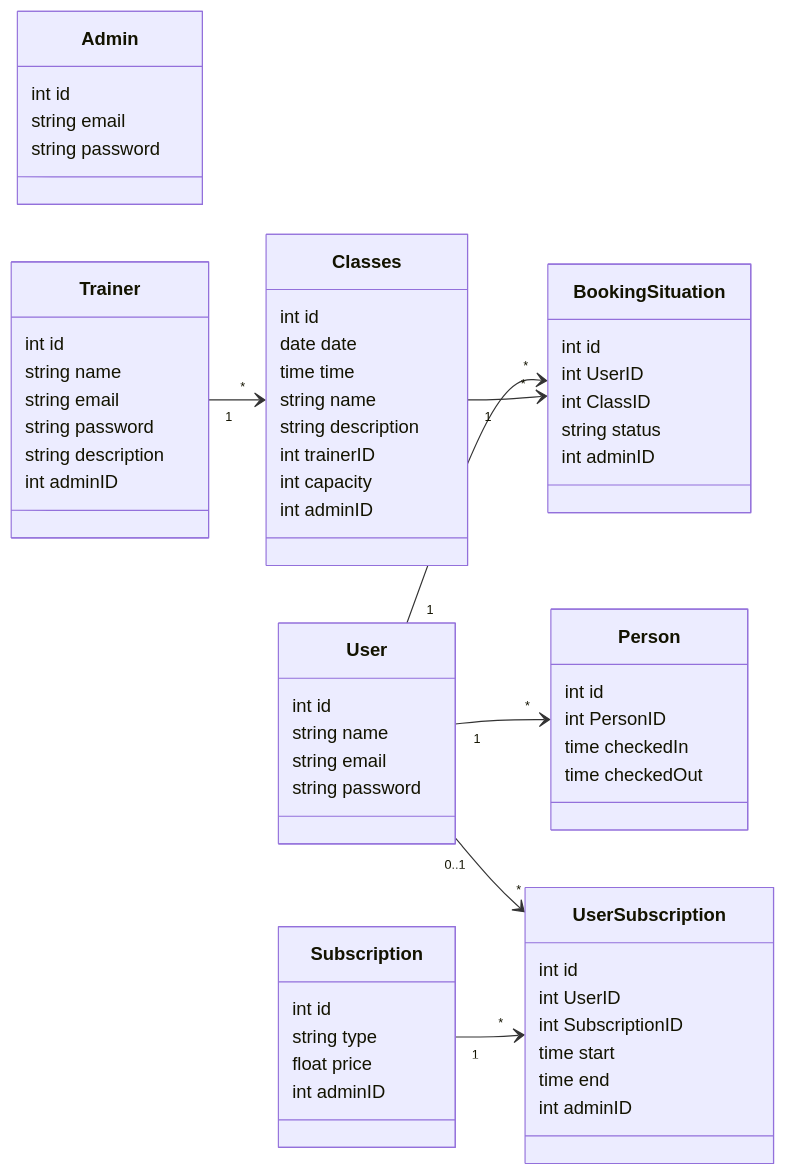
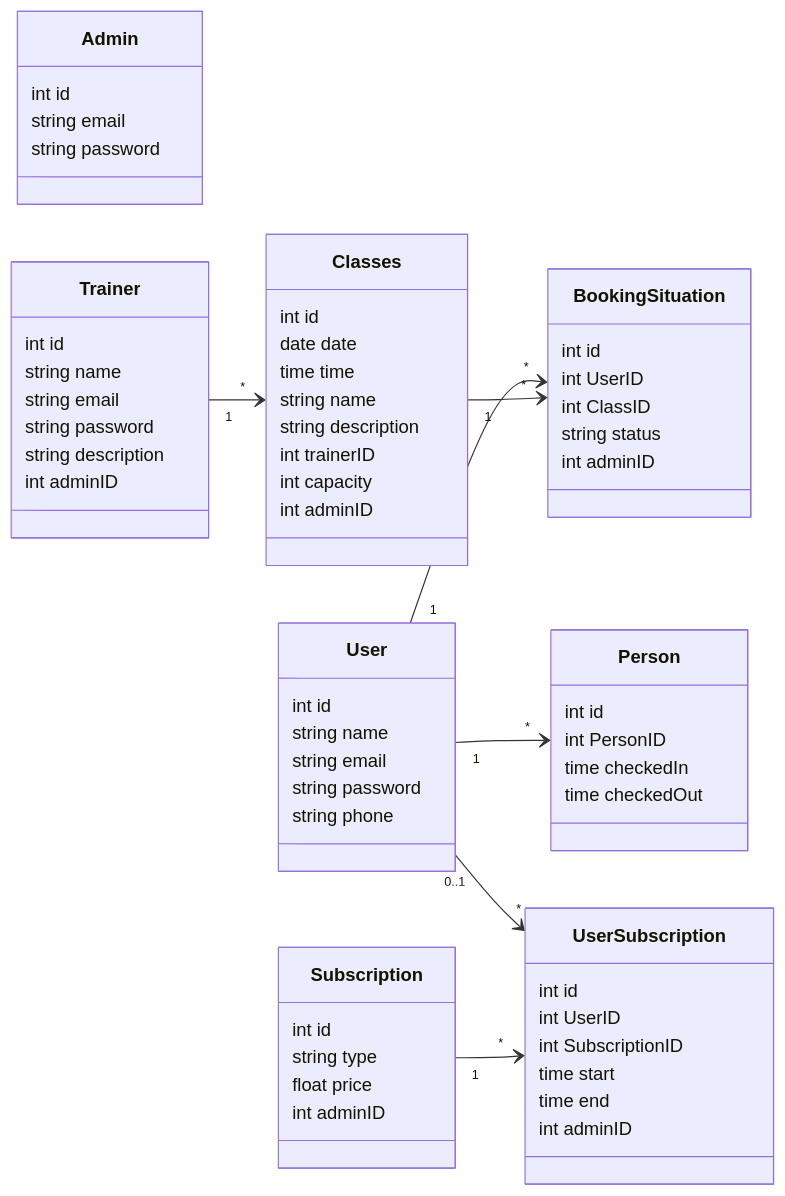
The diagram in README.md (stefan-37/proiect-web), drawn with Mermaid before and after one commit. The commit also changed other lines of this file and 10 other files, not shown here.

````diff
--- a/README.md
+++ b/README.md
@@ -47,68 +48,69 @@
 ```mermaid
 classDiagram
     direction LR
 
     class Admin {
         int id
         string email
         string password
     }
     class User {
         int id
         string name
         string email
         string password
+        string phone
     }
     class Subscription {
         int id
         string type
         float price
         int adminID
     }
     class UserSubscription {
         int id
         int UserID
         int SubscriptionID
         time start
         time end
         int adminID
     }
     class Trainer {
         int id
         string name
         string email
         string password
         string description
         int adminID
     }
     class Classes {
         int id
         date date
         time time
         string name
         string description
         int trainerID
         int capacity
         int adminID
     }
     class BookingSituation {
         int id
         int UserID
         int ClassID
         string status
         int adminID
     }
     class Person {
         int id
         int PersonID
         time checkedIn
         time checkedOut
     }
 
     User "1" --> "*" Person
     User "0..1" --> "*" UserSubscription
     Subscription "1" --> "*" UserSubscription
     Trainer "1" --> "*" Classes
     User "1" --> "*" BookingSituation
     Classes "1" --> "*" BookingSituation
 ```
````
